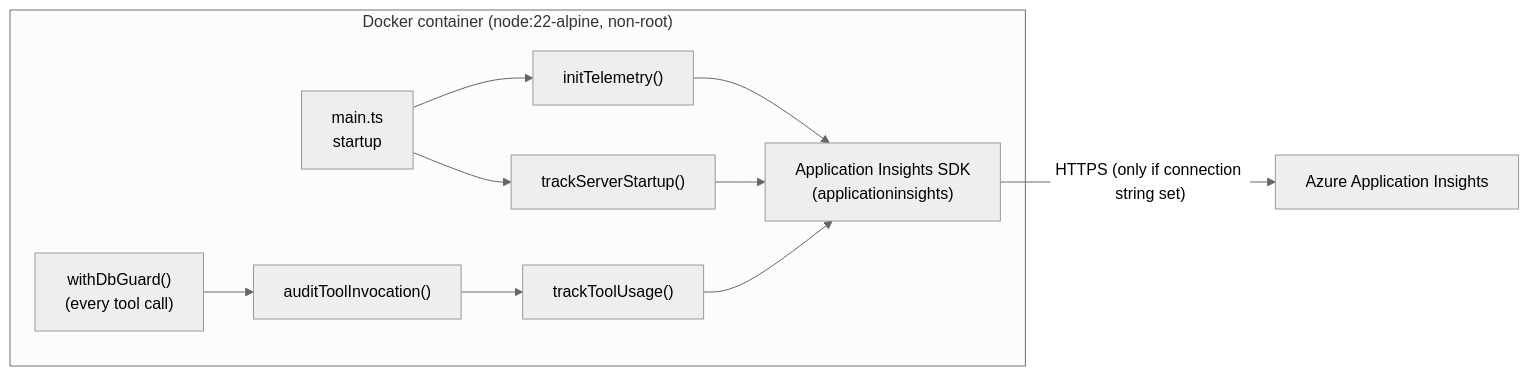
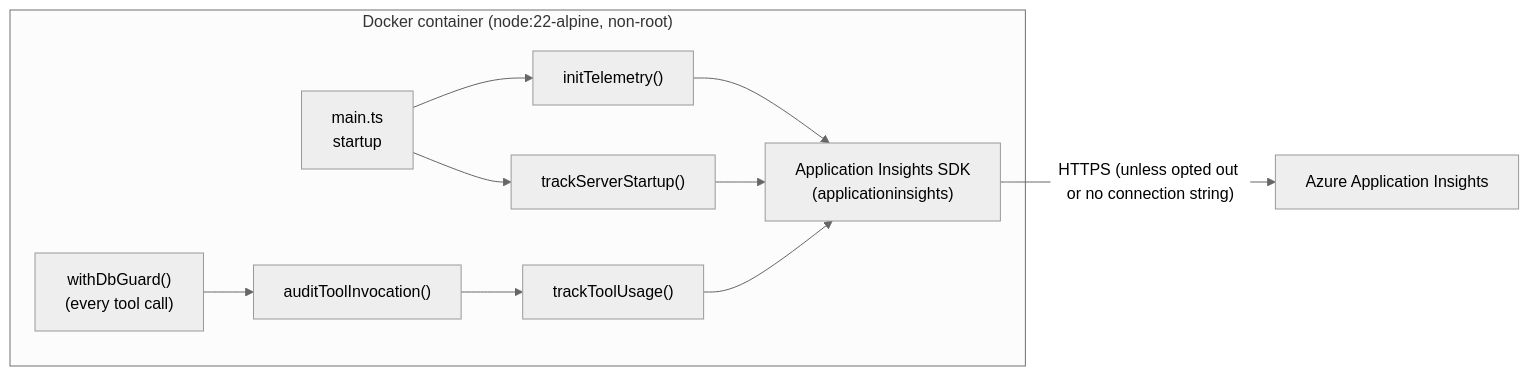
One commit to microsoft/documentdb-mcp changed the diagram in docs/container-and-telemetry-design.md. Above: the diagram before and after it, drawn with Mermaid (neutral theme). The commit also changed other lines of this file, not shown here.

First line of the commit message:
docs: make telemetry opt-out to measure usage

````diff
--- a/docs/container-and-telemetry-design.md
+++ b/docs/container-and-telemetry-design.md
@@ -33,13 +38,13 @@
 ```mermaid
 flowchart LR
     subgraph Container["Docker container (node:22-alpine, non-root)"]
         Main["main.ts<br/>startup"] --> Init["initTelemetry()"]
         Main --> Startup["trackServerStartup()"]
         Guard["withDbGuard()<br/>(every tool call)"] --> Audit["auditToolInvocation()"]
         Audit --> Track["trackToolUsage()"]
         Init --> AI["Application Insights SDK<br/>(applicationinsights)"]
         Startup --> AI
         Track --> AI
     end
-    AI -->|"HTTPS (only if connection string set)"| Azure["Azure Application Insights"]
+    AI -->|"HTTPS (unless opted out or no connection string)"| Azure["Azure Application Insights"]
 ```
````
